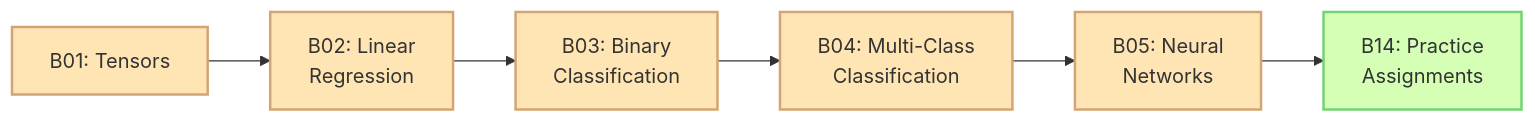
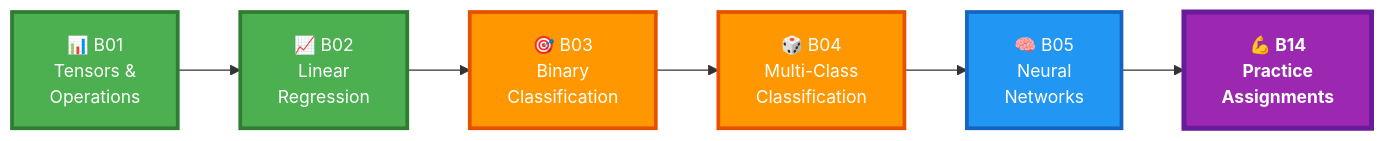
The second of 7 diagrams in MAI_STUDENT_GUIDE.md (nexageapps/AI), drawn with Mermaid before and after one commit. The commit also changed other lines of this file, not shown here.

````diff
--- a/MAI_STUDENT_GUIDE.md
+++ b/MAI_STUDENT_GUIDE.md
@@ -192,11 +192,13 @@
 ```mermaid
 graph LR
-    B01[B01: Tensors]:::lesson --> B02[B02: Linear<br/>Regression]:::lesson
-    B02 --> B03[B03: Binary<br/>Classification]:::lesson
-    B03 --> B04[B04: Multi-Class<br/>Classification]:::lesson
-    B04 --> B05[B05: Neural<br/>Networks]:::lesson
-    B05 --> B14[B14: Practice<br/>Assignments]:::practice
+    B01["📊 B01<br/>Tensors &<br/>Operations"]:::foundation --> B02["📈 B02<br/>Linear<br/>Regression"]:::foundation
+    B02 --> B03["🎯 B03<br/>Binary<br/>Classification"]:::intermediate
+    B03 --> B04["🎲 B04<br/>Multi-Class<br/>Classification"]:::intermediate
+    B04 --> B05["🧠 B05<br/>Neural<br/>Networks"]:::advanced
+    B05 --> B14["💪 B14<br/>Practice<br/>Assignments"]:::practice
     
-    classDef lesson fill:#FFE5B4,stroke:#D4A574,stroke-width:2px
-    classDef practice fill:#D4FFB4,stroke:#74D474,stroke-width:2px
+    classDef foundation fill:#4CAF50,stroke:#2E7D32,stroke-width:3px,color:#fff,font-size:14px
+    classDef intermediate fill:#FF9800,stroke:#E65100,stroke-width:3px,color:#fff,font-size:14px
+    classDef advanced fill:#2196F3,stroke:#1565C0,stroke-width:3px,color:#fff,font-size:14px
+    classDef practice fill:#9C27B0,stroke:#6A1B9A,stroke-width:4px,color:#fff,font-size:14px,font-weight:bold
 ```
````
